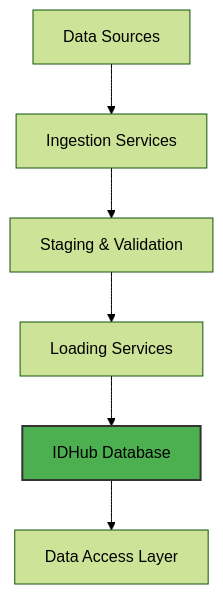
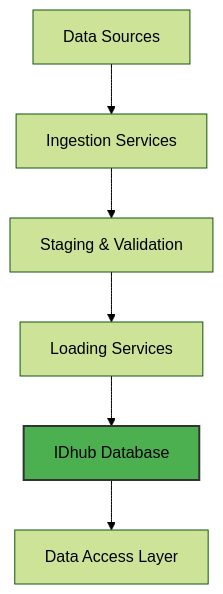
Before and after one commit to ibdgc/idhub: the diagram in docs/index.md, drawn with Mermaid (forest theme). The commit also changed other lines of this file and 38 other files, not shown here.

````diff
--- a/docs/index.md
+++ b/docs/index.md
@@ -47,10 +47,10 @@
 ```mermaid
 graph TD
     A[Data Sources] --> B[Ingestion Services];
     B --> C[Staging & Validation];
     C --> D[Loading Services];
-    D --> E[IDHub Database];
+    D --> E[IDhub Database];
     E --> F[Data Access Layer];
 
     style E fill:#4CAF50,stroke:#333,stroke-width:2px
 ```
````
